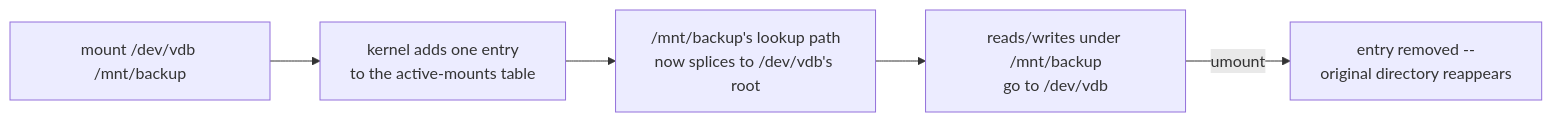
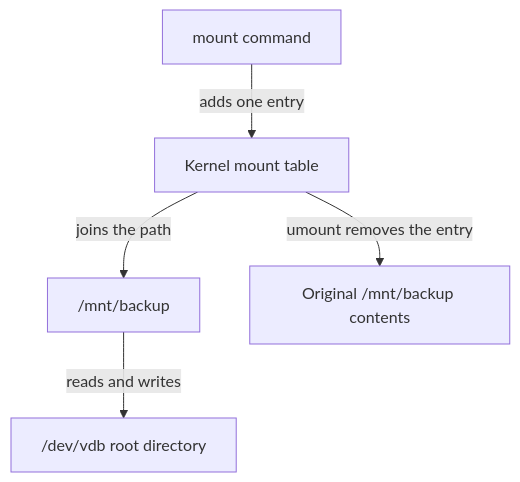
Before and after one commit to astrona-io/ATS004: the diagram in sections/section-010/module-01/course-01-discovery-formatting-mounting.md, drawn with Mermaid. The commit also changed other lines of this file and 287 other files, not shown here.

````diff
--- a/sections/section-010/module-01/course-01-discovery-formatting-mounting.md
+++ b/sections/section-010/module-01/course-01-discovery-formatting-mounting.md
@@ -21,7 +139,7 @@
 ```mermaid
-flowchart LR
-    A["mount /dev/vdb /mnt/backup"] --> B["kernel adds one entry<br/>to the active-mounts table"]
-    B --> C["/mnt/backup's lookup path<br/>now splices to /dev/vdb's root"]
-    C --> D["reads/writes under /mnt/backup<br/>go to /dev/vdb"]
-    D -->|umount| E["entry removed --<br/>original directory reappears"]
+flowchart TB
+    A["mount command"] -->|"adds one entry"| B["Kernel mount table"]
+    B -->|"joins the path"| C["/mnt/backup"]
+    C -->|"reads and writes"| D["/dev/vdb root directory"]
+    B -->|"umount removes the entry"| E["Original /mnt/backup contents"]
 ```
````
